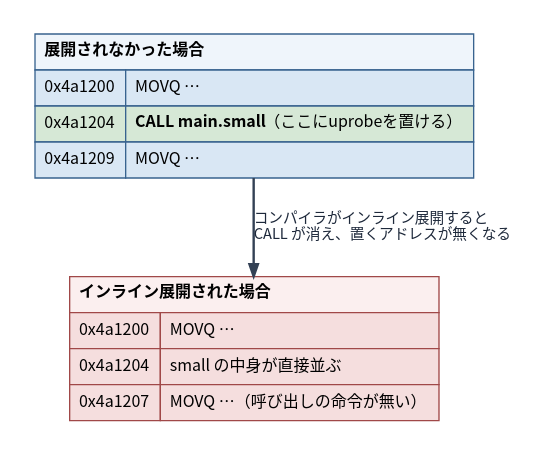
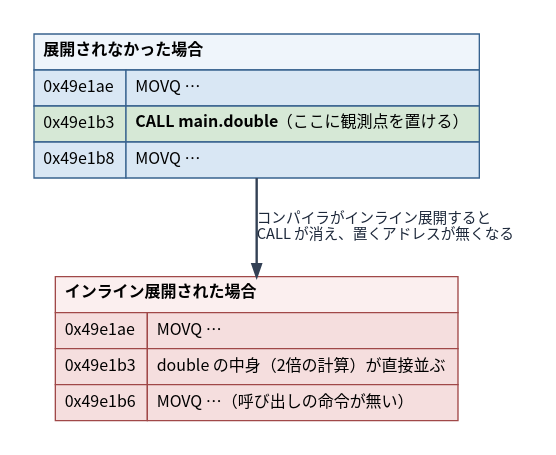
One commit to ymotongpoo/zenn.dev changed the diagram in diagrams/go-ebpf-primer/20260820-inlining.dot. Above: the diagram before and after it, drawn with Graphviz. The commit also changed 74 other files, not shown here.

```diff
--- a/diagrams/go-ebpf-primer/20260820-inlining.dot
+++ b/diagrams/go-ebpf-primer/20260820-inlining.dot
@@ -1,38 +1,38 @@
 // インライン展開で消える計装点
 digraph inlining {
   graph [
     fontname="Harano Aji Gothic,Noto Sans CJK JP,IPAGothic", fontsize=13,
     rankdir=TB, compound=true, splines=true,
     nodesep=0.5, ranksep=0.7, pad=0.25,
     bgcolor="white", newrank=true
   ];
   node [
     fontname="Harano Aji Gothic,Noto Sans CJK JP,IPAGothic", fontsize=12,
     shape=box, style="rounded,filled",
     fillcolor="#F1F5F9", color="#475569", penwidth=1.6,
     margin="0.2,0.14"
   ];
   edge [
     fontname="Harano Aji Gothic,Noto Sans CJK JP,IPAGothic", fontsize=11,
     color="#334155", penwidth=1.4, arrowsize=0.9,
     fontcolor="#1E293B"
   ];
 
   before [shape=plain, style="", label=<
     <table border="0" cellborder="1" cellspacing="0" cellpadding="6" color="#38638F">
       <tr><td colspan="2" align="left" bgcolor="#EFF5FB"><b>展開されなかった場合</b></td></tr>
-      <tr><td align="left" bgcolor="#D9E7F4">0x4a1200</td><td align="left" bgcolor="#D9E7F4">MOVQ …</td></tr>
-      <tr><td align="left" bgcolor="#D6E8D6" port="call">0x4a1204</td><td align="left" bgcolor="#D6E8D6"><b>CALL main.small</b>（ここにuprobeを置ける）</td></tr>
-      <tr><td align="left" bgcolor="#D9E7F4">0x4a1209</td><td align="left" bgcolor="#D9E7F4">MOVQ …</td></tr>
+      <tr><td align="left" bgcolor="#D9E7F4">0x49e1ae</td><td align="left" bgcolor="#D9E7F4">MOVQ …</td></tr>
+      <tr><td align="left" bgcolor="#D6E8D6" port="call">0x49e1b3</td><td align="left" bgcolor="#D6E8D6"><b>CALL main.double</b>（ここに観測点を置ける）</td></tr>
+      <tr><td align="left" bgcolor="#D9E7F4">0x49e1b8</td><td align="left" bgcolor="#D9E7F4">MOVQ …</td></tr>
     </table>>];
 
   after [shape=plain, style="", label=<
     <table border="0" cellborder="1" cellspacing="0" cellpadding="6" color="#A04848">
       <tr><td colspan="2" align="left" bgcolor="#FBEFEF"><b>インライン展開された場合</b></td></tr>
-      <tr><td align="left" bgcolor="#F5DEDE">0x4a1200</td><td align="left" bgcolor="#F5DEDE">MOVQ …</td></tr>
-      <tr><td align="left" bgcolor="#F5DEDE">0x4a1204</td><td align="left" bgcolor="#F5DEDE">small の中身が直接並ぶ</td></tr>
-      <tr><td align="left" bgcolor="#F5DEDE">0x4a1207</td><td align="left" bgcolor="#F5DEDE">MOVQ …（呼び出しの命令が無い）</td></tr>
+      <tr><td align="left" bgcolor="#F5DEDE">0x49e1ae</td><td align="left" bgcolor="#F5DEDE">MOVQ …</td></tr>
+      <tr><td align="left" bgcolor="#F5DEDE">0x49e1b3</td><td align="left" bgcolor="#F5DEDE">double の中身（2倍の計算）が直接並ぶ</td></tr>
+      <tr><td align="left" bgcolor="#F5DEDE">0x49e1b6</td><td align="left" bgcolor="#F5DEDE">MOVQ …（呼び出しの命令が無い）</td></tr>
     </table>>];
 
   before -> after [label=" コンパイラがインライン展開すると\l CALL が消え、置くアドレスが無くなる\l", penwidth=1.8];
 }
```
